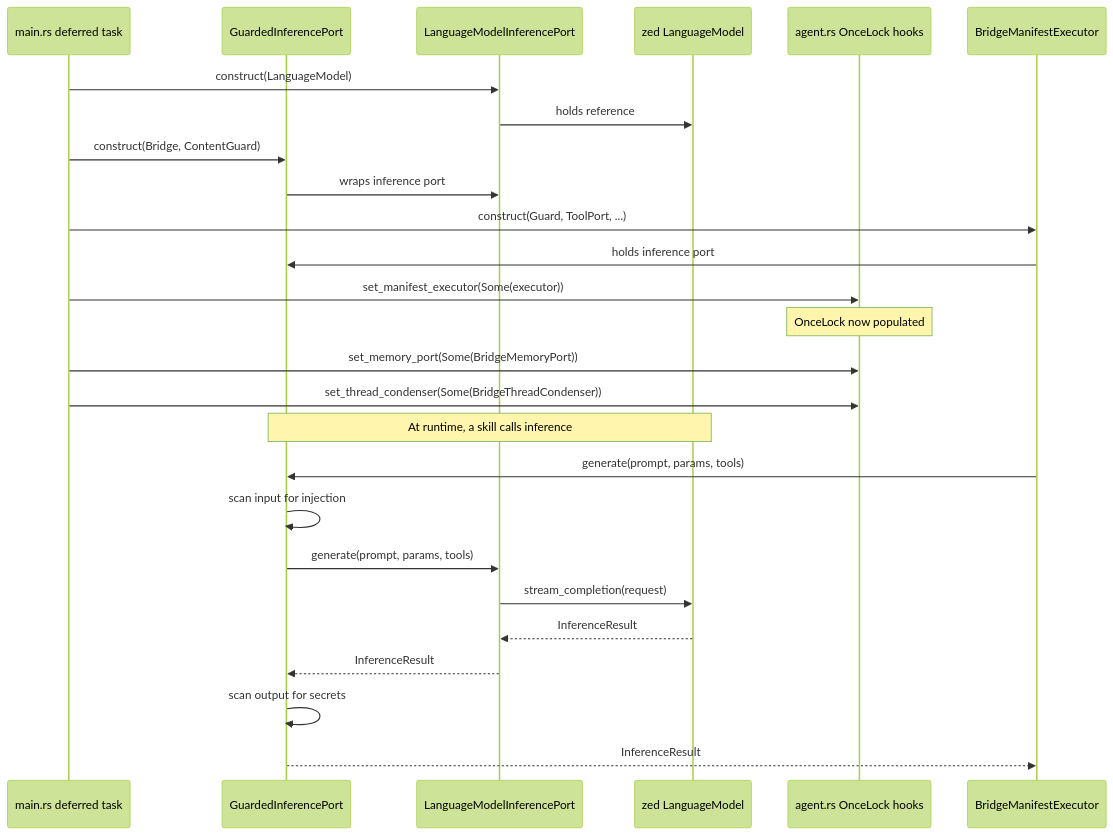
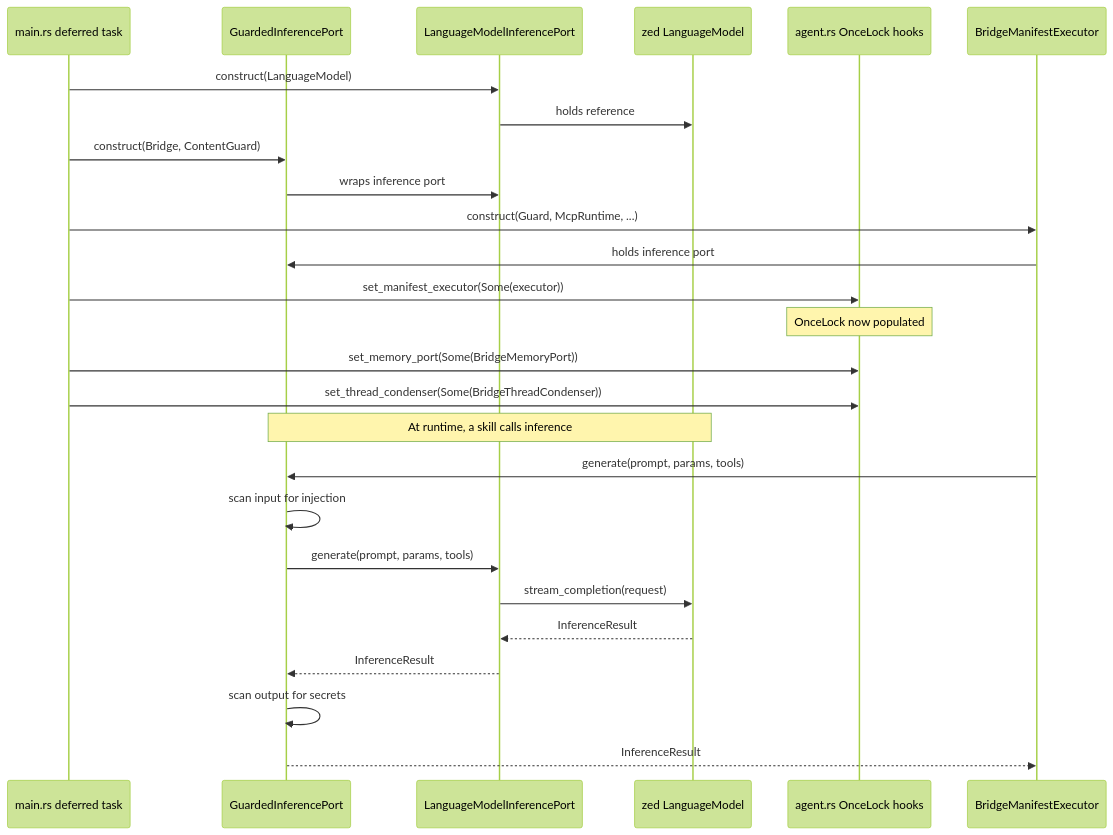
The diagram in kask/docs/diataxis/hkask-types/explanation.md (mdz-axo/zed-kask), drawn with Mermaid (forest theme) before and after one commit. The commit also changed other lines of this file and 33 other files, not shown here.

````diff
--- a/kask/docs/diataxis/hkask-types/explanation.md
+++ b/kask/docs/diataxis/hkask-types/explanation.md
@@ -69,30 +69,30 @@
 ```mermaid
 sequenceDiagram
     participant Main as main.rs deferred task
     participant Guard as GuardedInferencePort
     participant Bridge as LanguageModelInferencePort
     participant Zed as zed LanguageModel
     participant Agent as agent.rs OnceLock hooks
     participant Exec as BridgeManifestExecutor
 
     Main->>Bridge: construct(LanguageModel)
     Bridge->>Zed: holds reference
     Main->>Guard: construct(Bridge, ContentGuard)
     Guard->>Bridge: wraps inference port
-    Main->>Exec: construct(Guard, ToolPort, ...)
+    Main->>Exec: construct(Guard, McpRuntime, ...)
     Exec->>Guard: holds inference port
     Main->>Agent: set_manifest_executor(Some(executor))
     Note over Agent: OnceLock now populated
     Main->>Agent: set_memory_port(Some(BridgeMemoryPort))
     Main->>Agent: set_thread_condenser(Some(BridgeThreadCondenser))
 
     Note over Guard,Zed: At runtime, a skill calls inference
     Exec->>Guard: generate(prompt, params, tools)
     Guard->>Guard: scan input for injection
     Guard->>Bridge: generate(prompt, params, tools)
     Bridge->>Zed: stream_completion(request)
     Zed-->>Bridge: InferenceResult
     Bridge-->>Guard: InferenceResult
     Guard->>Guard: scan output for secrets
     Guard-->>Exec: InferenceResult
 ```
````
